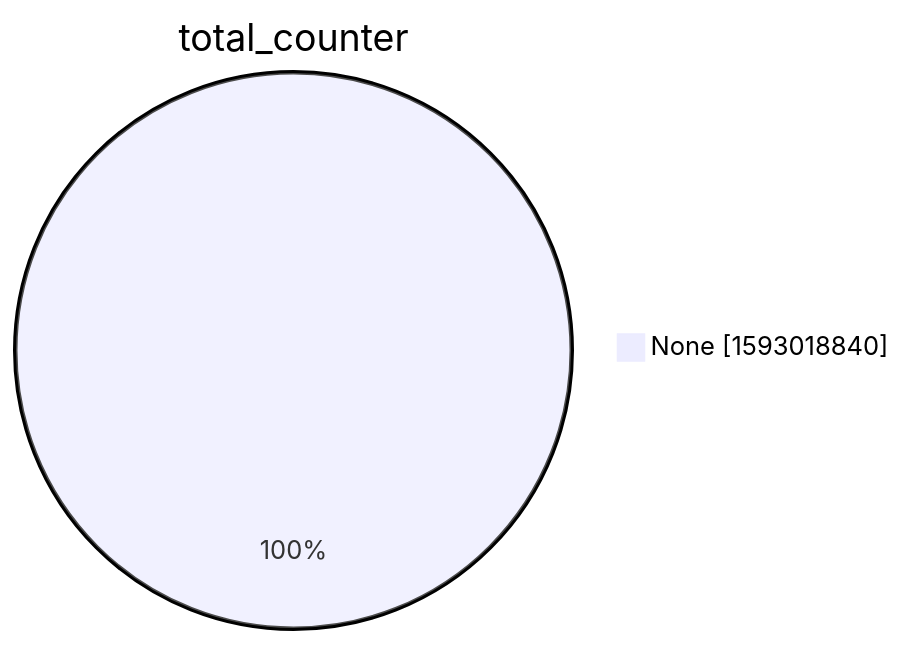
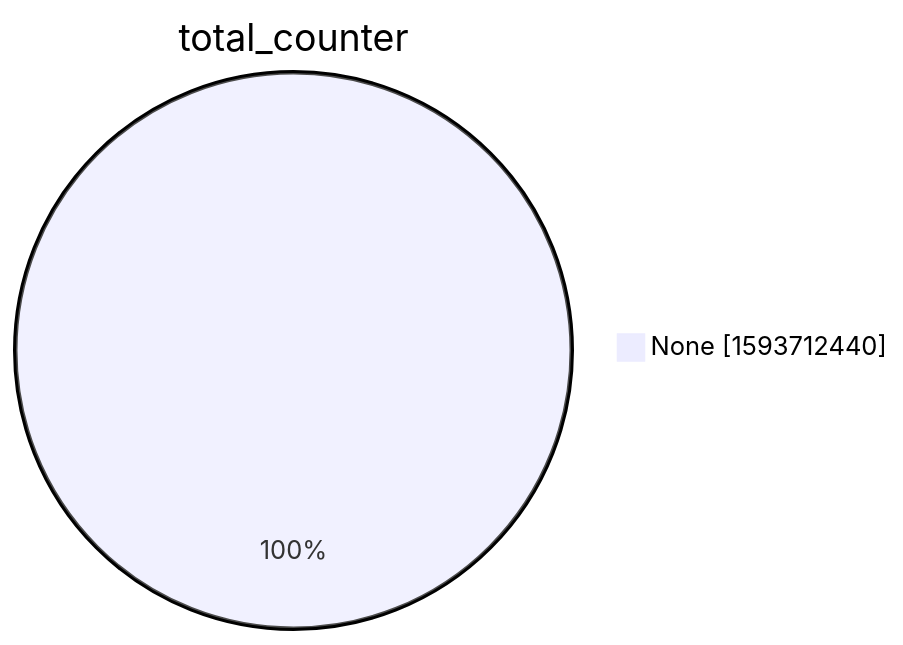
Before and after one commit to christiankrug/ctmonitor_visualization: the second of 15 diagrams in xenon2022/README.md, drawn with Mermaid. The commit also changed other lines of this file, not shown here.

````diff
--- a/xenon2022/README.md
+++ b/xenon2022/README.md
@@ -9,5 +9,5 @@
 ```mermaid
 pie showData
 title total_counter
-"None" :1593018840
+"None" :1593712440
 ```
````
